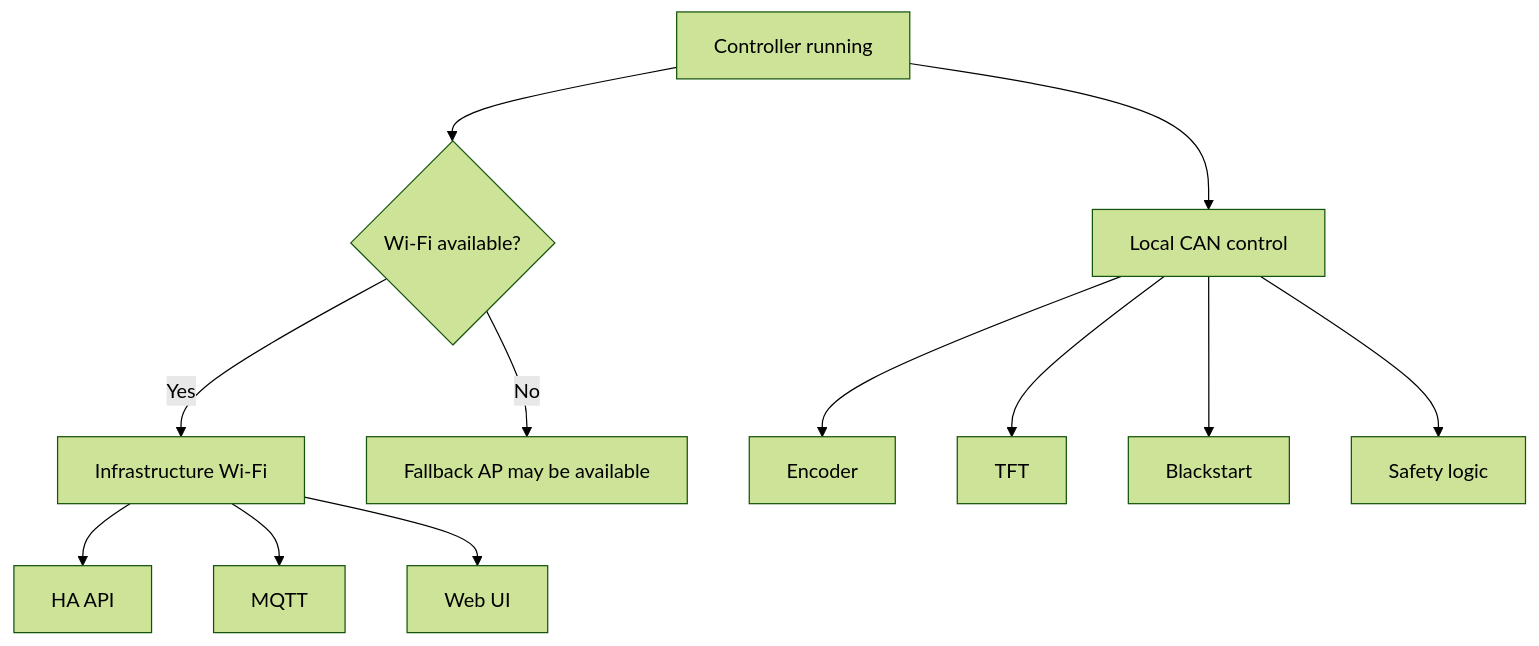
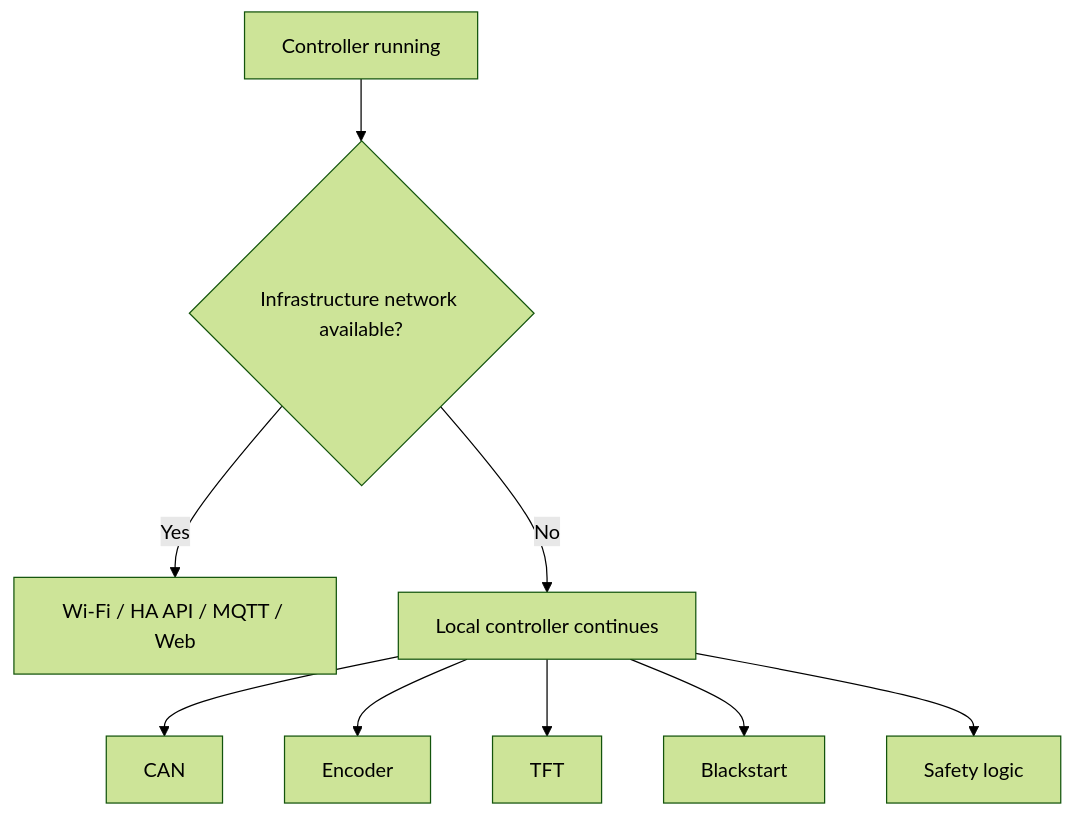
One commit to anwa/esphome-r4875g1-3phase-charger changed the fourth of 26 diagrams in R4875G1_CONTROL_FLOWS.md. Above: the diagram before and after it, drawn with Mermaid (forest theme). The commit also changed other lines of this file and 1 other file, not shown here.

First line of the commit message:
Synchronize CAN lifecycle and recovery documentation

````diff
--- a/R4875G1_CONTROL_FLOWS.md
+++ b/R4875G1_CONTROL_FLOWS.md
@@ -90,16 +122,12 @@
 ```mermaid
 flowchart TD
-    A[Controller running] --> B{Wi-Fi available?}
-    B -- Yes --> C[Infrastructure Wi-Fi]
-    C --> D[HA API]
-    C --> E[MQTT]
-    C --> F[Web UI]
+    A[Controller running] --> B{Infrastructure network available?}
+    B -- Yes --> C[Wi-Fi / HA API / MQTT / Web]
+    B -- No --> D[Local controller continues]
 
-    B -- No --> G[Fallback AP may be available]
-
-    A --> H[Local CAN control]
-    H --> I[Encoder]
-    H --> J[TFT]
-    H --> K[Blackstart]
-    H --> L[Safety logic]
+    D --> E[CAN]
+    D --> F[Encoder]
+    D --> G[TFT]
+    D --> H[Blackstart]
+    D --> I[Safety logic]
 ```
````
